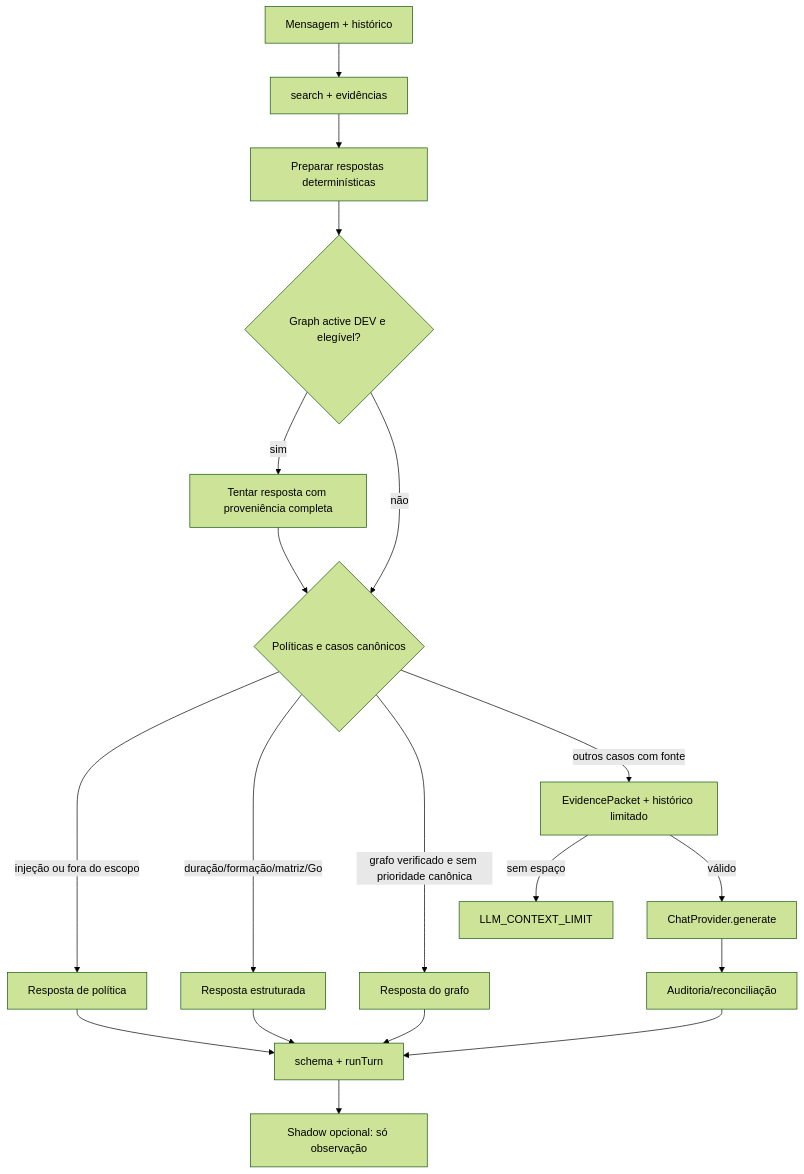
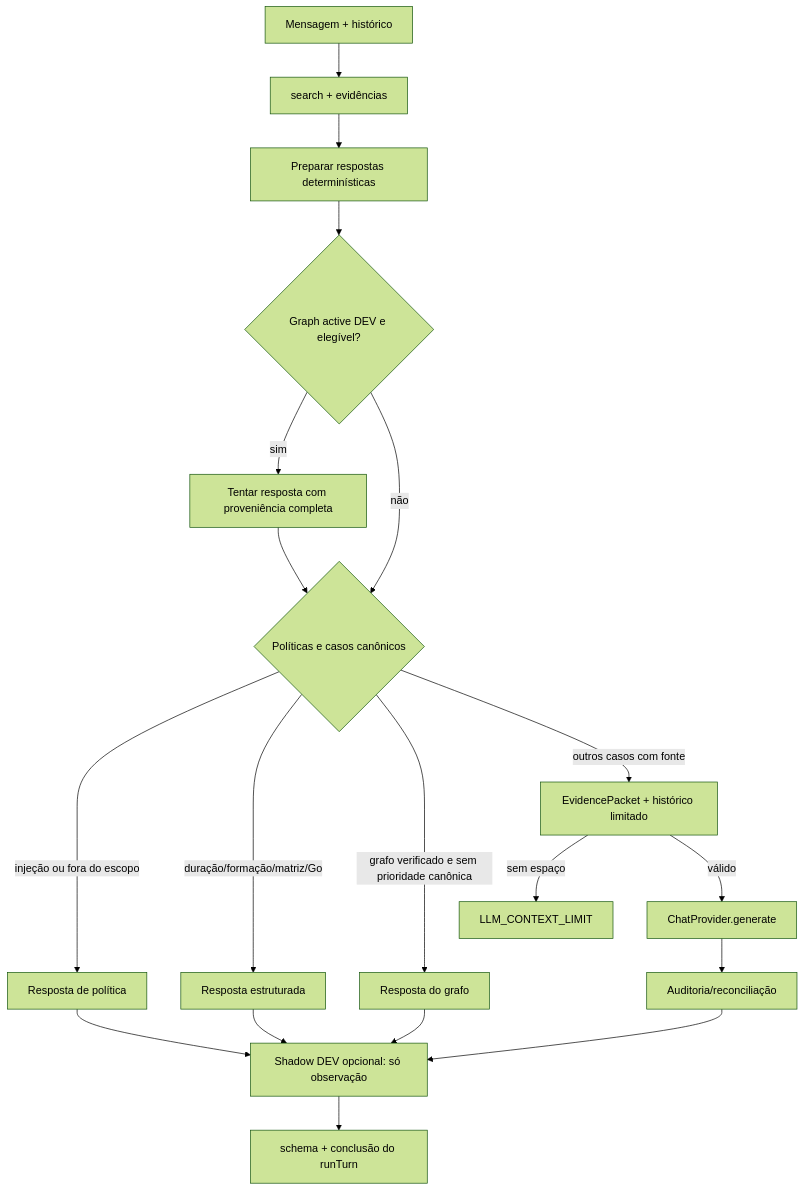
One commit to SladeSouzaSantos/phasscode-platform changed the diagram in docs/wiki/modulos/chatservice.md. Above: the diagram before and after it, drawn with Mermaid (forest theme).

Commit message:
docs(wiki): align ChatService Mermaid with Shadow observation before response schema/turn completion

````diff
--- a/docs/wiki/modulos/chatservice.md
+++ b/docs/wiki/modulos/chatservice.md
@@ -37,21 +37,21 @@
 ```mermaid
 flowchart TD
   Q["Mensagem + histórico"] --> R["search + evidências"]
   R --> A["Preparar respostas determinísticas"]
   A --> Graph{"Graph active DEV e elegível?"}
   Graph -->|sim| Candidate["Tentar resposta com proveniência completa"]
   Graph -->|não| Policy
   Candidate --> Policy{"Políticas e casos canônicos"}
   Policy -->|injeção ou fora do escopo| Reject["Resposta de política"]
   Policy -->|duração/formação/matriz/Go| Determ["Resposta estruturada"]
   Policy -->|grafo verificado e sem prioridade canônica| GraphAnswer["Resposta do grafo"]
   Policy -->|outros casos com fonte| Packet["EvidencePacket + histórico limitado"]
   Packet -->|sem espaço| Fail["LLM_CONTEXT_LIMIT"]
   Packet -->|válido| Model["ChatProvider.generate"]
   Model --> Audit["Auditoria/reconciliação"]
-  Reject --> Save["schema + runTurn"]
-  Determ --> Save
-  GraphAnswer --> Save
-  Audit --> Save
-  Save --> Observe["Shadow opcional: só observação"]
+  Reject --> Observe["Shadow DEV opcional: só observação"]
+  Determ --> Observe
+  GraphAnswer --> Observe
+  Audit --> Observe
+  Observe --> Save["schema + conclusão do runTurn"]
 ```
````
